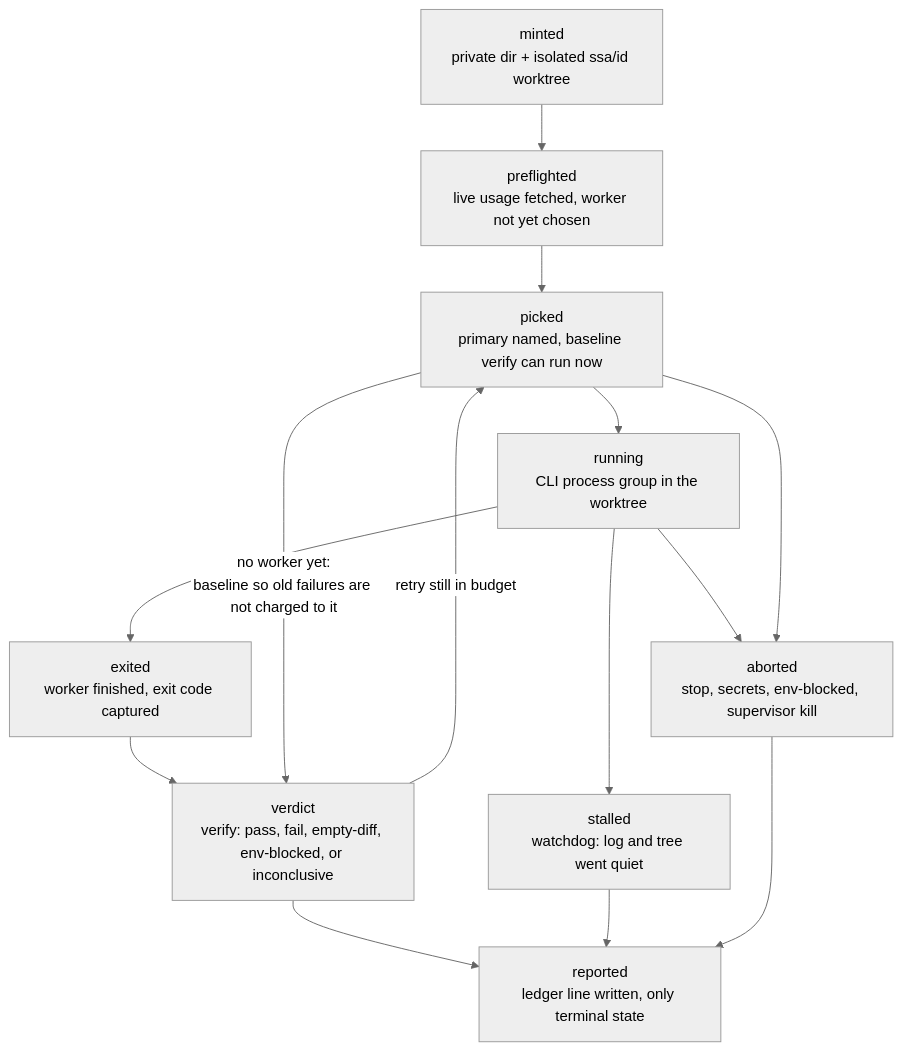
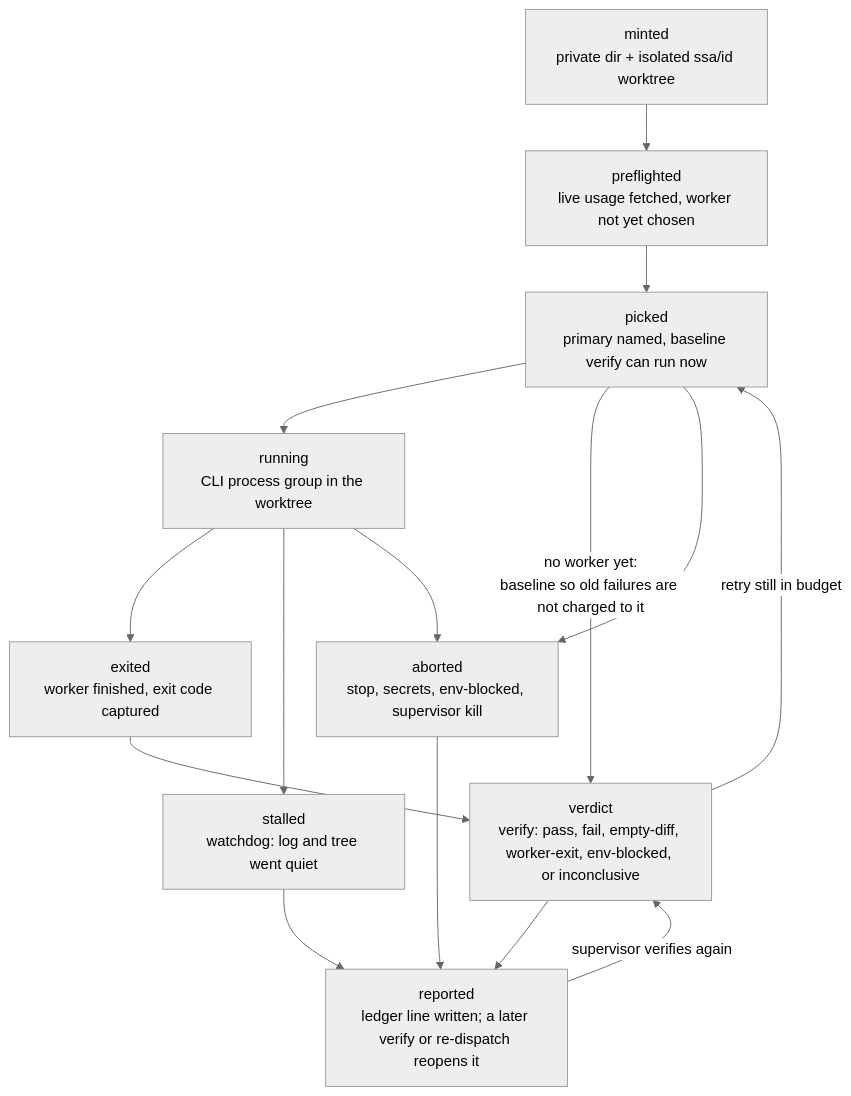
The second of 2 diagrams in docs/ARCHITECTURE.md (m-esm/smart-subagents), drawn with Mermaid (neutral theme) before and after one commit. The commit also changed other lines of this file and 11 other files, not shown here.

````diff
--- a/docs/ARCHITECTURE.md
+++ b/docs/ARCHITECTURE.md
@@ -115,17 +115,18 @@
 ```mermaid
 flowchart TB
     minted["minted<br/>private dir + isolated ssa/id worktree"]
     --> preflighted["preflighted<br/>live usage fetched, worker not yet chosen"]
     --> picked["picked<br/>primary named, baseline verify can run now"]
     --> running["running<br/>CLI process group in the worktree"]
     --> exited["exited<br/>worker finished, exit code captured"]
-    --> verdict["verdict<br/>verify: pass, fail, empty-diff, env-blocked, or inconclusive"]
-    --> reported["reported<br/>ledger line written, only terminal state"]
+    --> verdict["verdict<br/>verify: pass, fail, empty-diff, worker-exit, env-blocked, or inconclusive"]
+    --> reported["reported<br/>ledger line written; a later verify or re-dispatch reopens it"]
     picked -->|"no worker yet:<br/>baseline so old failures are not charged to it"| verdict
     running --> stalled["stalled<br/>watchdog: log and tree went quiet"]
     stalled --> reported
     running --> aborted["aborted<br/>stop, secrets, env-blocked, supervisor kill"]
     picked --> aborted
     aborted --> reported
     verdict -->|"retry still in budget"| picked
+    reported -->|"supervisor verifies again"| verdict
 ```
````
